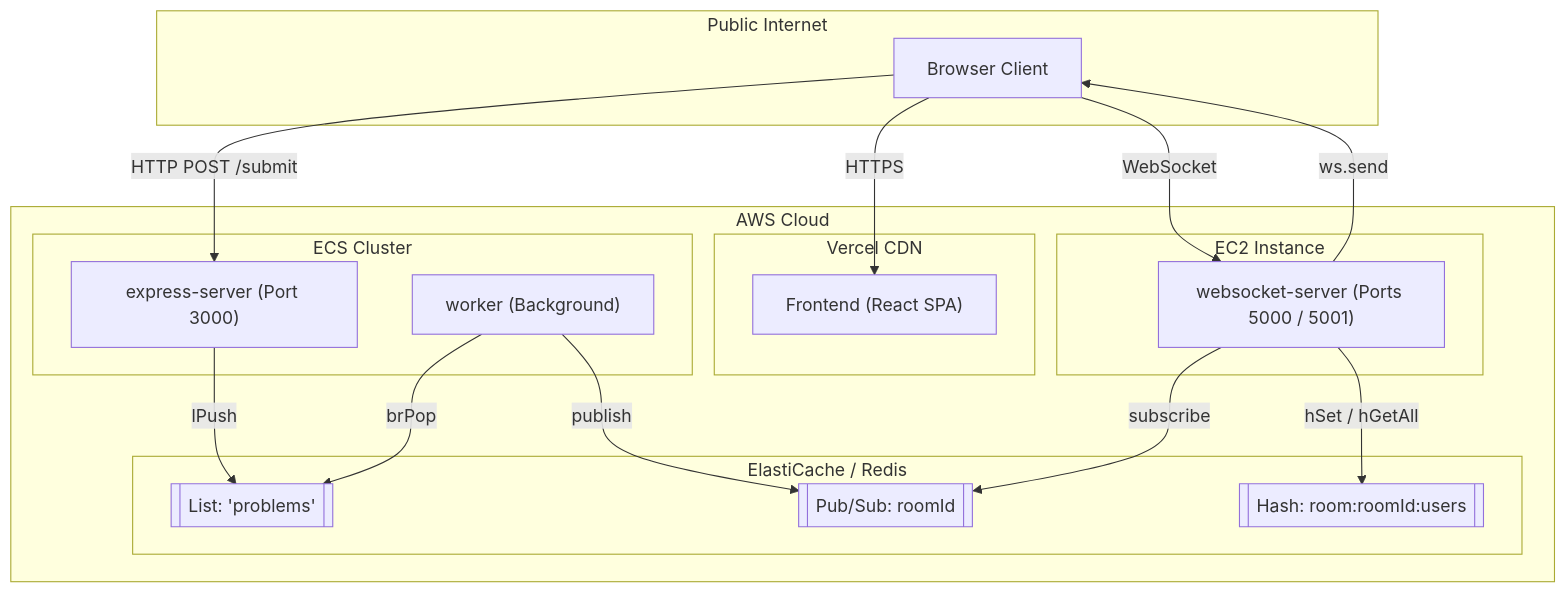
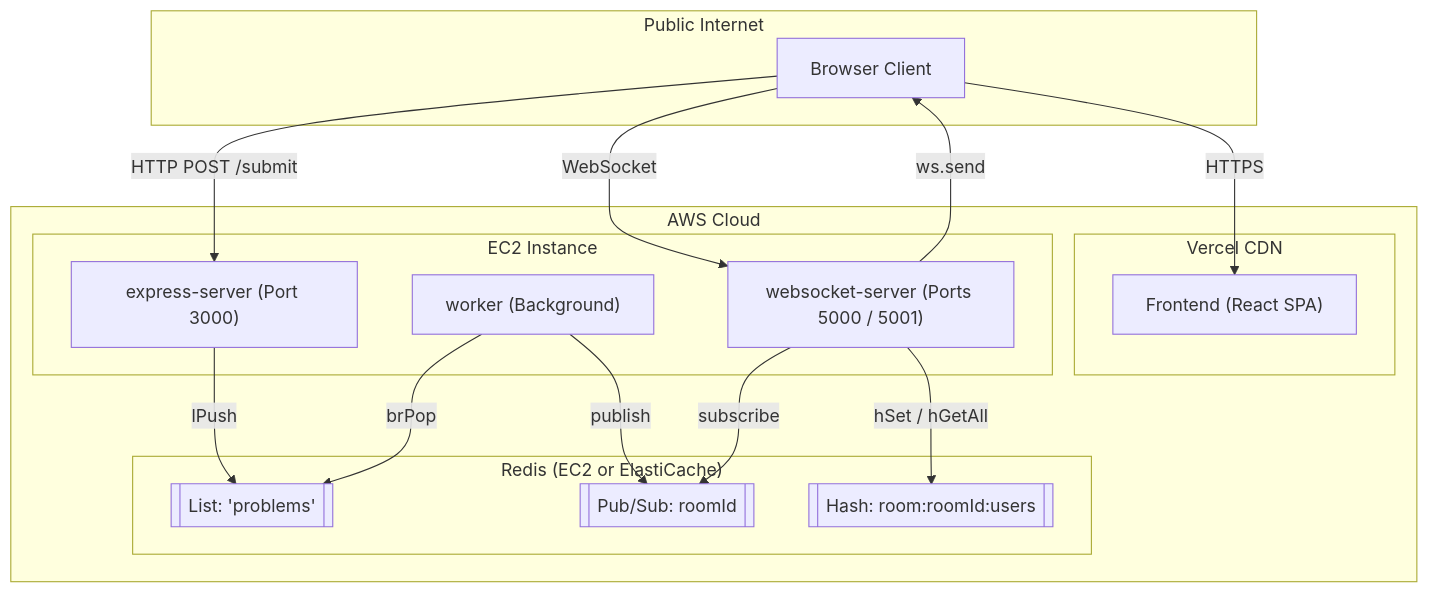
The eighth of 9 diagrams in README.md (harshitzofficial/SYNC-CODE), drawn with Mermaid before and after one commit. The commit also changed other lines of this file, not shown here.

````diff
--- a/README.md
+++ b/README.md
@@ -520,37 +510,34 @@
 ```mermaid
 graph TD
     subgraph "Public Internet"
         Browser["Browser Client"]
     end
 
     subgraph "AWS Cloud"
         subgraph "Vercel CDN"
             FE["Frontend (React SPA)"]
         end
 
-        subgraph "ECS Cluster"
+        subgraph "EC2 Instance"
             EX["express-server (Port 3000)"]
             WK["worker (Background)"]
-        end
-
-        subgraph "EC2 Instance"
             WS["websocket-server (Ports 5000 / 5001)"]
         end
 
-        subgraph "ElastiCache / Redis"
+        subgraph "Redis (EC2 or ElastiCache)"
             RL[["List: 'problems'"]]
             RP[["Pub/Sub: roomId"]]
             RH[["Hash: room:roomId:users"]]
         end
     end
 
     Browser -- "HTTPS" --> FE
     Browser -- "HTTP POST /submit" --> EX
     Browser -- "WebSocket" --> WS
     EX -- "lPush" --> RL
     WK -- "brPop" --> RL
     WK -- "publish" --> RP
     WS -- "subscribe" --> RP
     WS -- "hSet / hGetAll" --> RH
     WS -- "ws.send" --> Browser
 ```
````
